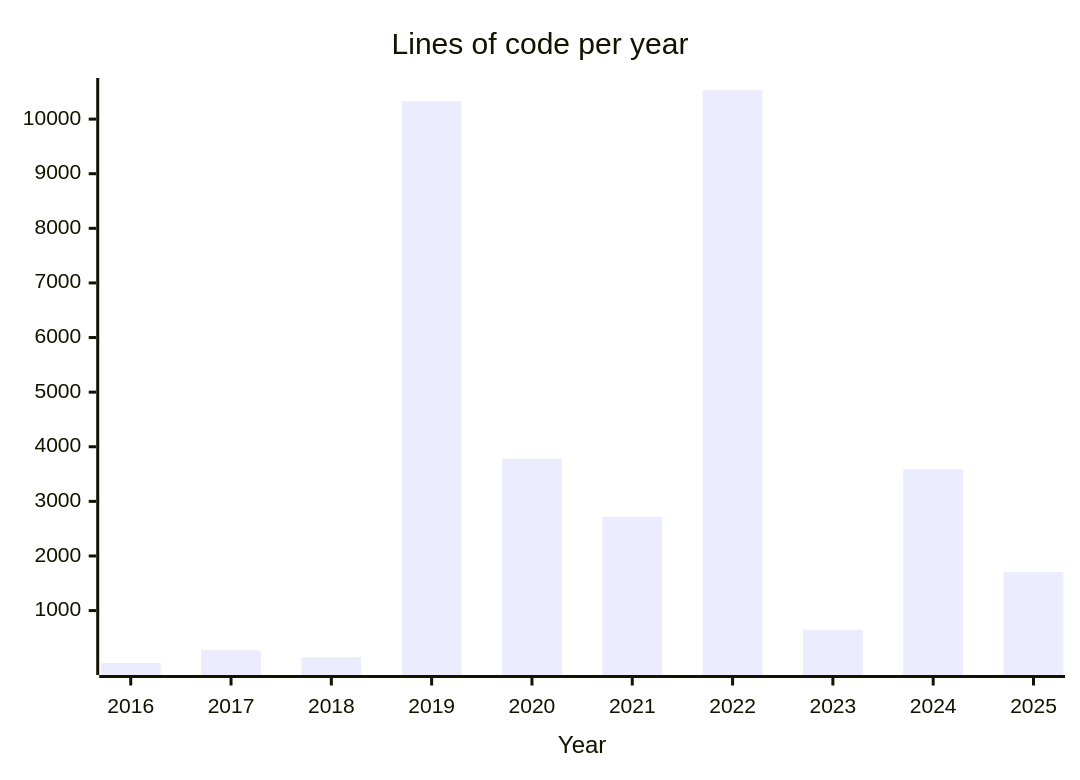
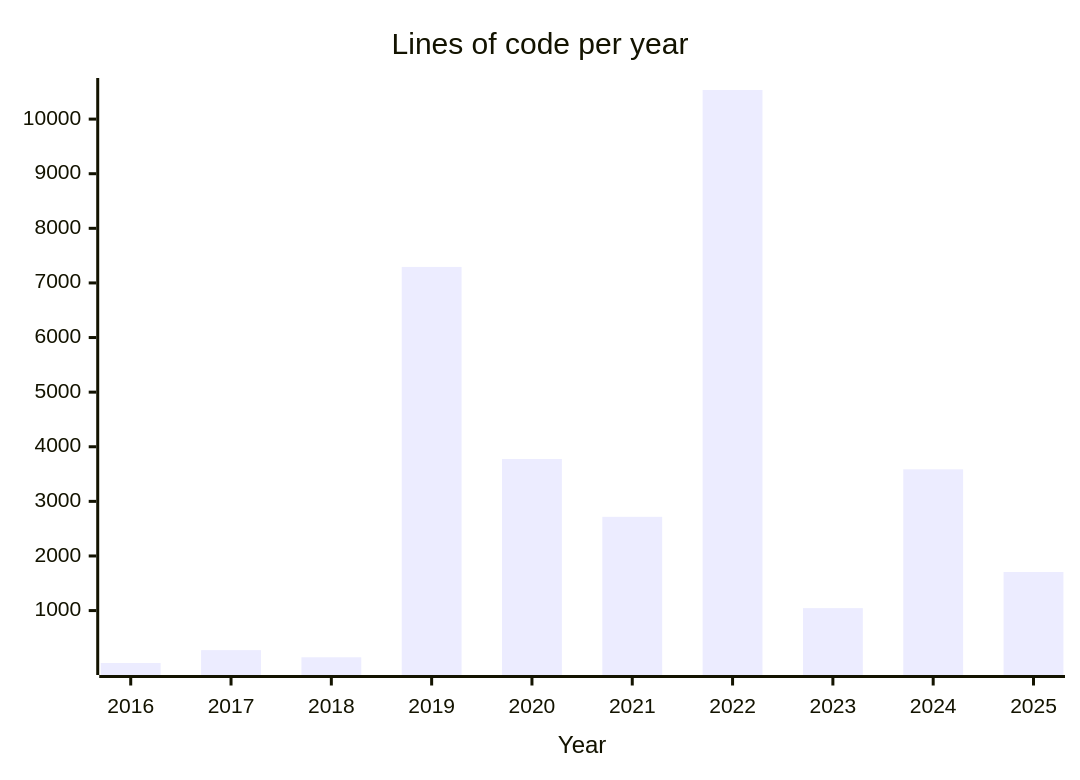
The diagram in README.md (engdan77/engdan77), drawn with Mermaid before and after one commit. The commit also changed other lines of this file, not shown here.

````diff
--- a/README.md
+++ b/README.md
@@ -24,6 +24,6 @@
 ```mermaid
 xychart-beta
       title "Lines of code per year"
       x-axis "Year" [2016, 2017, 2018, 2019, 2020, 2021, 2022, 2023, 2024, 2025]
-      bar "engdan77" [40, 276, 145, 10325, 3776, 2717, 10533, 649, 3587, 1707]
+      bar "engdan77" [40, 276, 145, 7293, 3776, 2717, 10533, 1045, 3587, 1707]
 ```
````
